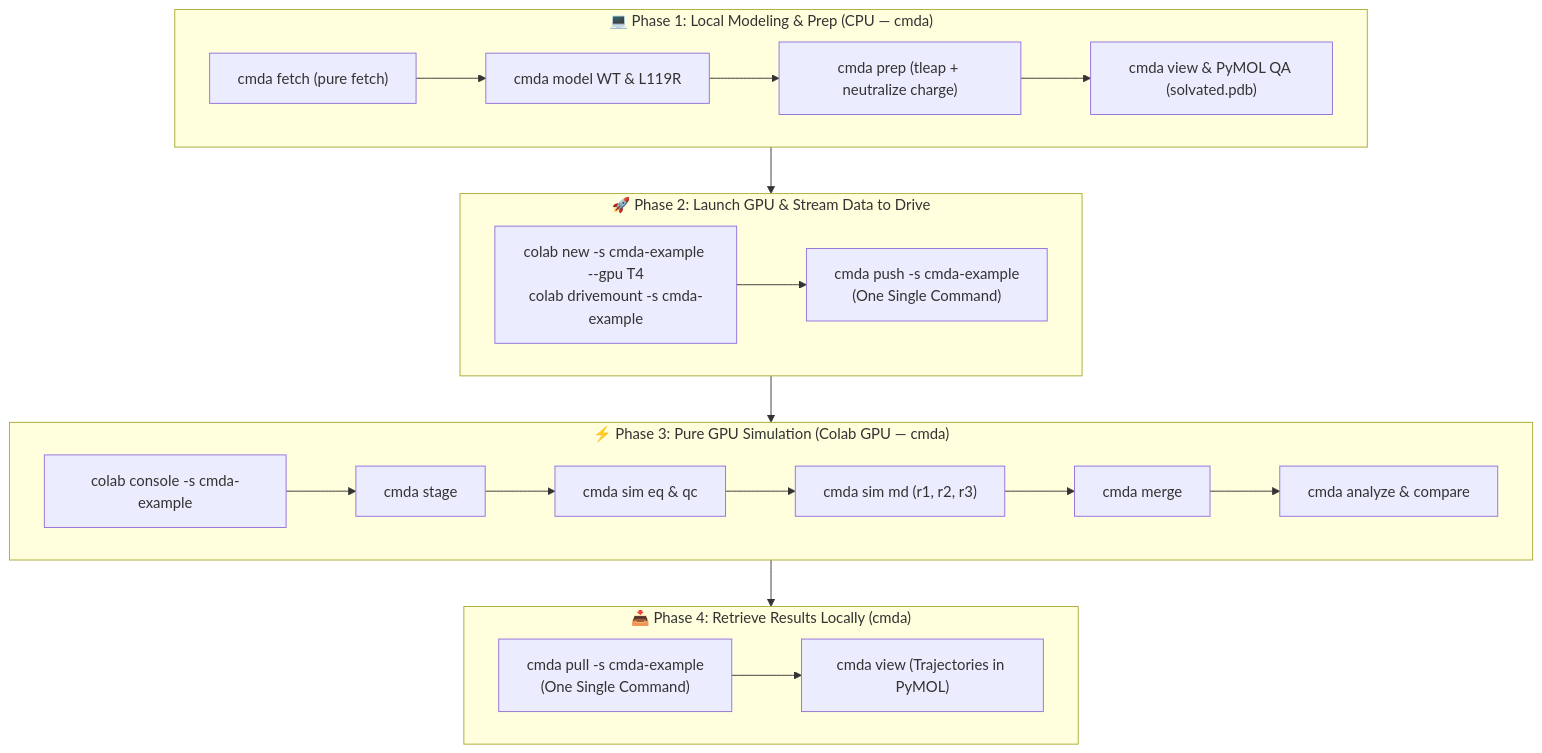
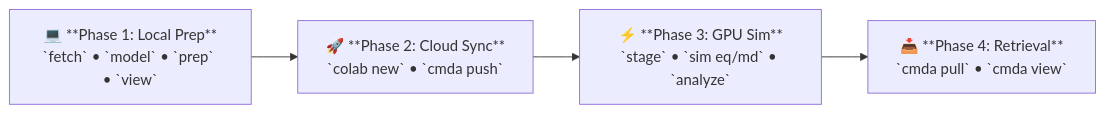
The second of 2 diagrams in README.md (paulshamrat/ColabMDA), drawn with Mermaid before and after one commit.

Commit message:
docs: streamline workflow diagram to minimal horizontal flowchart

````diff
--- a/README.md
+++ b/README.md
@@ -157,26 +157,9 @@
 ```mermaid
-flowchart TD
-    subgraph P1 ["💻 Phase 1: Local Modeling & Prep (CPU — cmda)"]
-        F["cmda fetch (pure fetch)"] --> M["cmda model WT & L119R"]
-        M --> PR["cmda prep (tleap + neutralize charge)"]
-        PR --> V["cmda view & PyMOL QA (solvated.pdb)"]
-    end
-    subgraph P2 ["🚀 Phase 2: Launch GPU & Stream Data to Drive"]
-        L["colab new -s cmda-example --gpu T4<br/>colab drivemount -s cmda-example"] --> P["cmda push -s cmda-example<br/>(One Single Command)"]
-    end
-    subgraph P3 ["⚡ Phase 3: Pure GPU Simulation (Colab GPU — cmda)"]
-        C["colab console -s cmda-example"] --> ST["cmda stage"]
-        ST --> EQ["cmda sim eq & qc"]
-        EQ --> MD["cmda sim md (r1, r2, r3)"]
-        MD --> MR["cmda merge"]
-        MR --> AN["cmda analyze & compare"]
-    end
-    subgraph P4 ["📥 Phase 4: Retrieve Results Locally (cmda)"]
-        DL["cmda pull -s cmda-example<br/>(One Single Command)"]
-        DL --> VW["cmda view (Trajectories in PyMOL)"]
-    end
+flowchart LR
+    P1["💻 **Phase 1: Local Prep**<br/>`fetch` • `model` • `prep` • `view`"]
+    P2["🚀 **Phase 2: Cloud Sync**<br/>`colab new` • `cmda push`"]
+    P3["⚡ **Phase 3: GPU Sim**<br/>`stage` • `sim eq/md` • `analyze`"]
+    P4["📥 **Phase 4: Retrieval**<br/>`cmda pull` • `cmda view`"]
 
-    P1 --> P2
-    P2 --> P3
-    P3 --> P4
+    P1 --> P2 --> P3 --> P4
 ```
````
